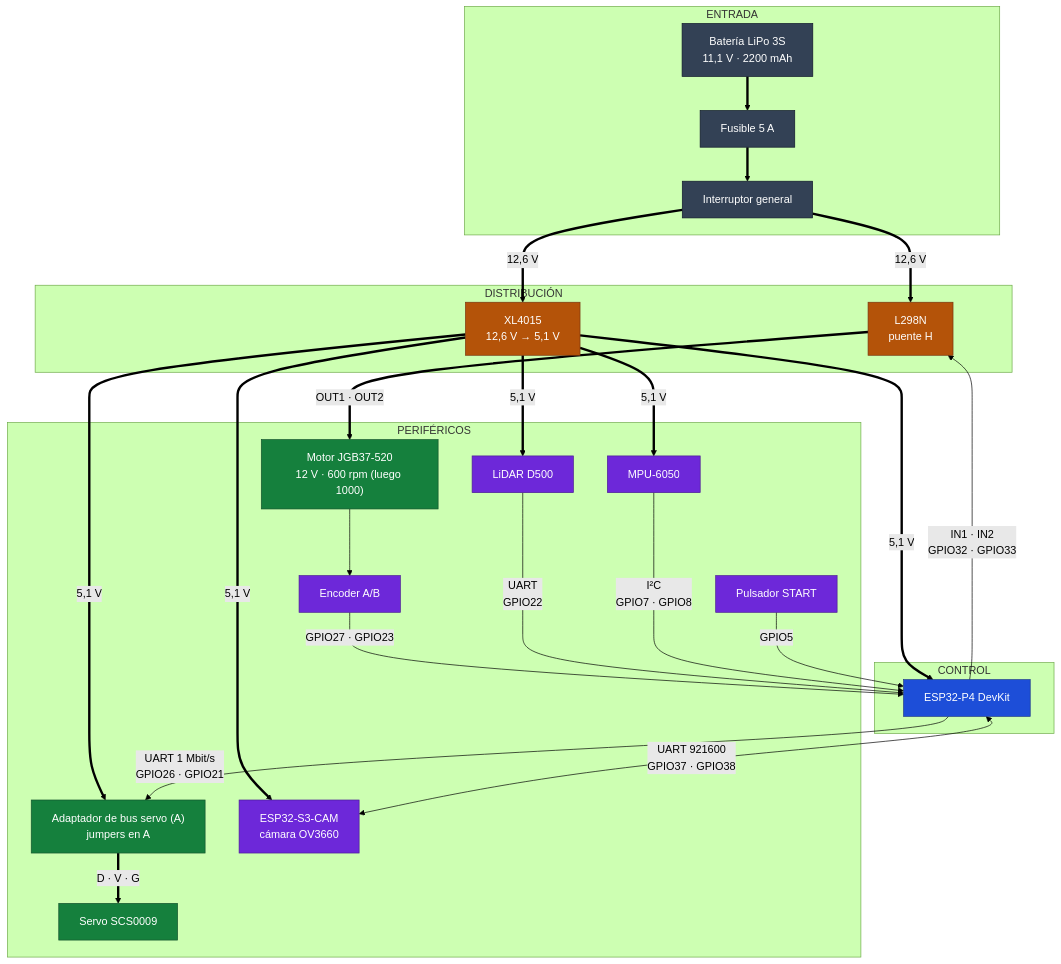
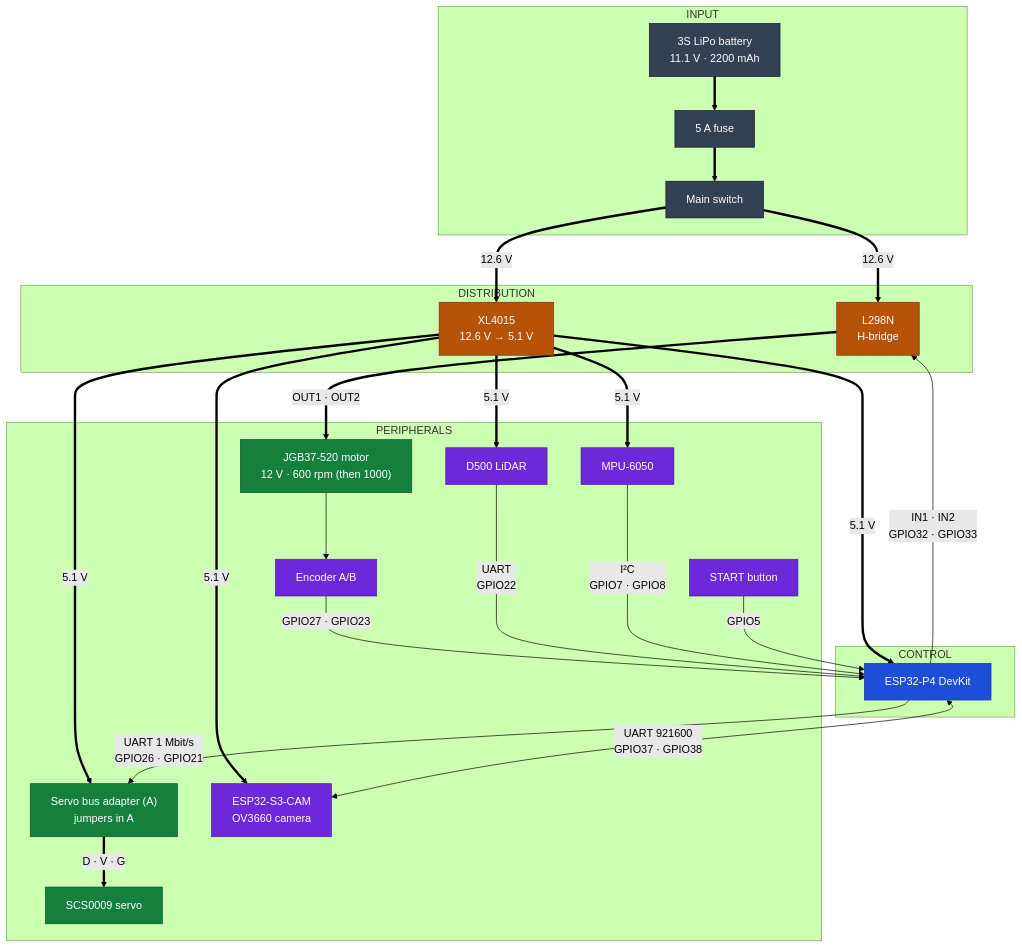
One commit to Eddym06/AutoNex changed the first of 5 diagrams in docs/ELECTRONICS.md. Above: the diagram before and after it, drawn with Mermaid (forest theme). The commit also changed other lines of this file, not shown here.

````diff
--- a/docs/ELECTRONICS.md
+++ b/docs/ELECTRONICS.md
@@ -87,59 +88,59 @@
 ```mermaid
 flowchart TB
-    subgraph ENT["ENTRADA"]
-        BAT["Batería LiPo 3S<br/>11,1 V · 2200 mAh"]
-        FUS["Fusible 5 A"]
-        SW["Interruptor general"]
+    subgraph INPUT["INPUT"]
+        BAT["3S LiPo battery<br/>11.1 V · 2200 mAh"]
+        FUS["5 A fuse"]
+        SW["Main switch"]
     end
 
-    subgraph DIST["DISTRIBUCIÓN"]
-        L298["L298N<br/>puente H"]
-        BUCK["XL4015<br/>12,6 V → 5,1 V"]
+    subgraph DIST["DISTRIBUTION"]
+        L298["L298N<br/>H-bridge"]
+        BUCK["XL4015<br/>12.6 V → 5.1 V"]
     end
 
     subgraph CTRL["CONTROL"]
         P4["ESP32-P4 DevKit"]
     end
 
-    subgraph PER["PERIFÉRICOS"]
-        MOT["Motor JGB37-520<br/>12 V · 600 rpm (luego 1000)"]
+    subgraph PER["PERIPHERALS"]
+        MOT["JGB37-520 motor<br/>12 V · 600 rpm (then 1000)"]
         ENC["Encoder A/B"]
-        ADP["Adaptador de bus servo (A)<br/>jumpers en A"]
-        SRV["Servo SCS0009"]
-        LID["LiDAR D500"]
+        ADP["Servo bus adapter (A)<br/>jumpers in A"]
+        SRV["SCS0009 servo"]
+        LID["D500 LiDAR"]
         IMU["MPU-6050"]
-        BTN["Pulsador START"]
-        S3CAM["ESP32-S3-CAM<br/>cámara OV3660"]
+        BTN["START button"]
+        S3CAM["ESP32-S3-CAM<br/>OV3660 camera"]
     end
 
     BAT ==> FUS ==> SW
-    SW ==>|"12,6 V"| L298
-    SW ==>|"12,6 V"| BUCK
-    BUCK ==>|"5,1 V"| P4
-    BUCK ==>|"5,1 V"| ADP
-    BUCK ==>|"5,1 V"| LID
-    BUCK ==>|"5,1 V"| IMU
-    BUCK ==>|"5,1 V"| S3CAM
+    SW ==>|"12.6 V"| L298
+    SW ==>|"12.6 V"| BUCK
+    BUCK ==>|"5.1 V"| P4
+    BUCK ==>|"5.1 V"| ADP
+    BUCK ==>|"5.1 V"| LID
+    BUCK ==>|"5.1 V"| IMU
+    BUCK ==>|"5.1 V"| S3CAM
     L298 ==>|"OUT1 · OUT2"| MOT
     MOT --> ENC
     P4 -->|"IN1 · IN2<br/>GPIO32 · GPIO33"| L298
     ENC -->|"GPIO27 · GPIO23"| P4
     P4 -->|"UART 1 Mbit/s<br/>GPIO26 · GPIO21"| ADP
     ADP ==>|"D · V · G"| SRV
     LID -->|"UART<br/>GPIO22"| P4
     IMU -->|"I²C<br/>GPIO7 · GPIO8"| P4
     BTN -->|"GPIO5"| P4
     P4 <-->|"UART 921600<br/>GPIO37 · GPIO38"| S3CAM
 
-    classDef ent fill:#334155,stroke:#0f172a,color:#ffffff
-    classDef dist fill:#b45309,stroke:#78350f,color:#ffffff
-    classDef ctrl fill:#1d4ed8,stroke:#1e3a8a,color:#ffffff
-    classDef act fill:#15803d,stroke:#14532d,color:#ffffff
-    classDef sen fill:#6d28d9,stroke:#4c1d95,color:#ffffff
+    classDef input fill:#334155,stroke:#0f172a,color:#ffffff
+    classDef distribution fill:#b45309,stroke:#78350f,color:#ffffff
+    classDef control fill:#1d4ed8,stroke:#1e3a8a,color:#ffffff
+    classDef actuator fill:#15803d,stroke:#14532d,color:#ffffff
+    classDef sensor fill:#6d28d9,stroke:#4c1d95,color:#ffffff
 
-    class BAT,FUS,SW ent
-    class L298,BUCK dist
-    class P4 ctrl
-    class MOT,SRV,ADP act
-    class ENC,LID,IMU,BTN,S3CAM sen
+    class BAT,FUS,SW input
+    class L298,BUCK distribution
+    class P4 control
+    class MOT,SRV,ADP actuator
+    class ENC,LID,IMU,BTN,S3CAM sensor
 ```
````
